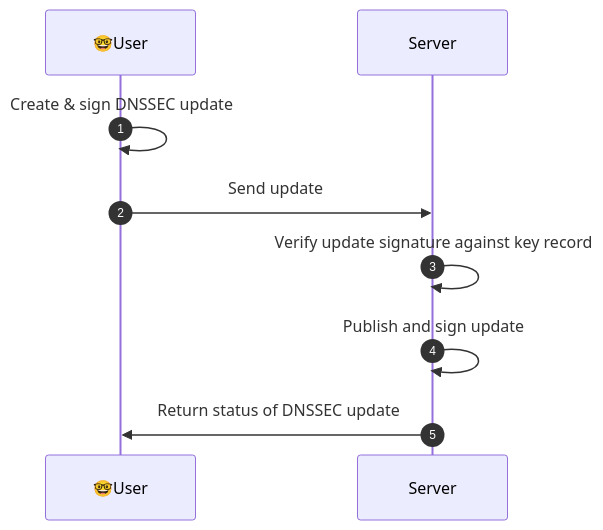
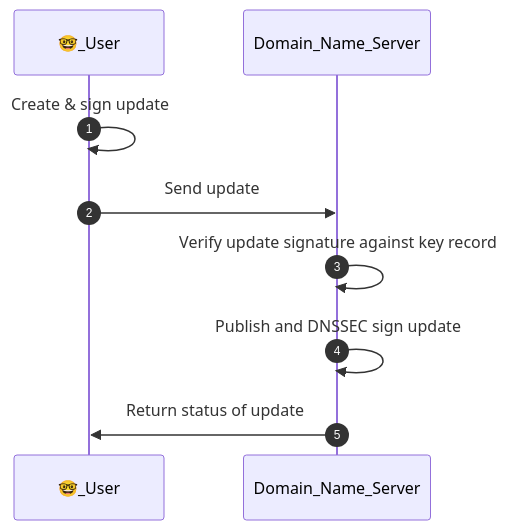
One commit to NetworkCommons/sig0namectl changed the second of 2 diagrams in README.md. Above: the diagram before and after it, drawn with Mermaid. The commit also changed other lines of this file, not shown here.

Commit message:
updates name

````diff
--- a/README.md
+++ b/README.md
@@ -104,11 +104,11 @@
 ```mermaid
 sequenceDiagram
 autonumber
-  participant U as 🤓User
-  participant S as Server
-  U->>U: Create & sign DNSSEC update
+  participant U as 🤓_User
+  participant S as Domain_Name_Server
+  U->>U: Create & sign update
   U->>S: Send update
   S->>S: Verify update signature against key record
-  S->>S: Publish and sign update
-  S->>U: Return status of DNSSEC update
+  S->>S: Publish and DNSSEC sign update
+  S->>U: Return status of update
 ```
````
